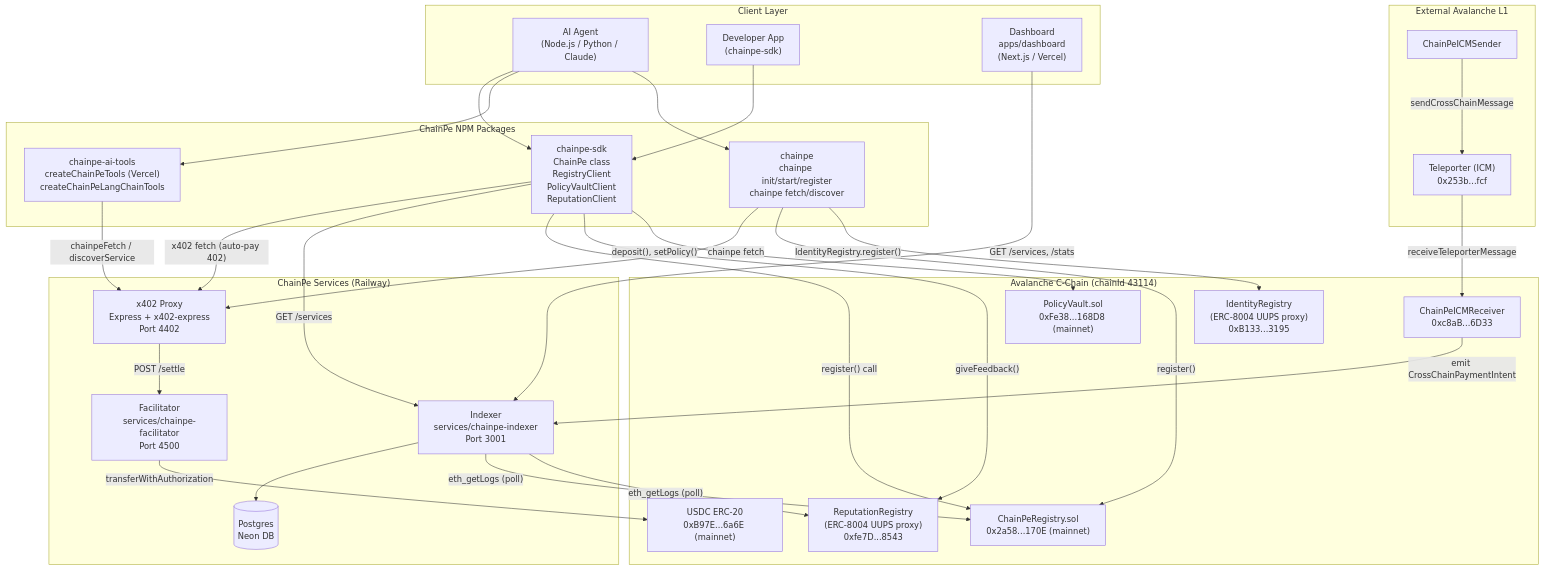
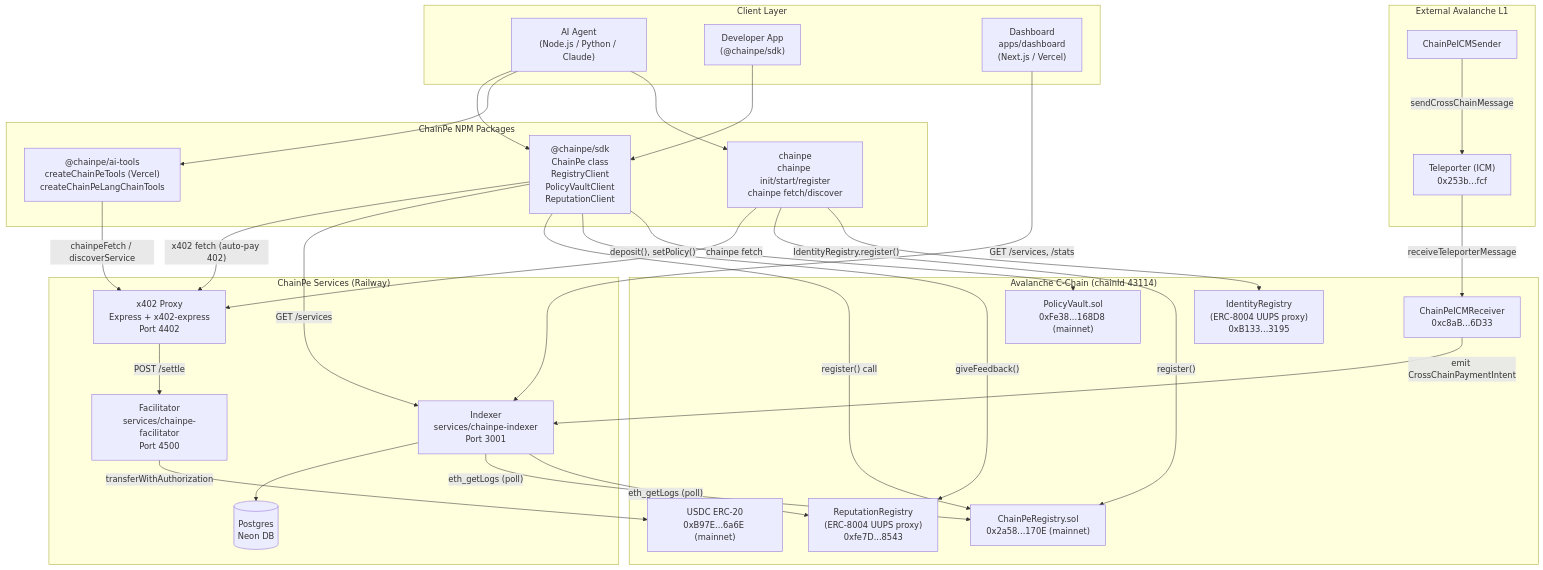
Before and after one commit to SamyaDeb/ChainPe: the diagram in apps/landing/content/docs/architecture/system-diagram.md, drawn with Mermaid. The commit also changed 34 other files, not shown here.

````diff
--- a/apps/landing/content/docs/architecture/system-diagram.md
+++ b/apps/landing/content/docs/architecture/system-diagram.md
@@ -11,64 +11,64 @@
 ```mermaid
 graph TB
     subgraph "Client Layer"
         AI["AI Agent\n(Node.js / Python / Claude)"]
-        DEV["Developer App\n(chainpe-sdk)"]
+        DEV["Developer App\n(@chainpe/sdk)"]
         DASH["Dashboard\napps/dashboard\n(Next.js / Vercel)"]
     end
 
     subgraph "ChainPe NPM Packages"
-        SDK["chainpe-sdk\nChainPe class\nRegistryClient\nPolicyVaultClient\nReputationClient"]
-        TOOLS["chainpe-ai-tools\ncreateChainPeTools (Vercel)\ncreateChainPeLangChainTools"]
+        SDK["@chainpe/sdk\nChainPe class\nRegistryClient\nPolicyVaultClient\nReputationClient"]
+        TOOLS["@chainpe/ai-tools\ncreateChainPeTools (Vercel)\ncreateChainPeLangChainTools"]
         CLICMD["chainpe\nchainpe init/start/register\nchainpe fetch/discover"]
     end
 
     subgraph "ChainPe Services (Railway)"
         PROXY["x402 Proxy\nExpress + x402-express\nPort 4402"]
         FAC["Facilitator\nservices/chainpe-facilitator\nPort 4500"]
         IDX["Indexer\nservices/chainpe-indexer\nPort 3001"]
         PG[("Postgres\nNeon DB")]
     end
 
     subgraph "Avalanche C-Chain (chainId 43114)"
         REG["ChainPeRegistry.sol\n0x2a58...170E (mainnet)"]
         PV["PolicyVault.sol\n0xFe38...168D8 (mainnet)"]
         IDNTY["IdentityRegistry\n(ERC-8004 UUPS proxy)\n0xB133...3195"]
         REPDB["ReputationRegistry\n(ERC-8004 UUPS proxy)\n0xfe7D...8543"]
         USDC["USDC ERC-20\n0xB97E...6a6E (mainnet)"]
         ICMRcv["ChainPeICMReceiver\n0xc8aB...6D33"]
     end
 
     subgraph "External Avalanche L1"
         ICMSnd["ChainPeICMSender"]
         Teleporter["Teleporter (ICM)\n0x253b...fcf"]
     end
 
     AI --> SDK
     AI --> TOOLS
     AI --> CLICMD
     DEV --> SDK
 
     SDK -->|"x402 fetch (auto-pay 402)"| PROXY
     TOOLS -->|"chainpeFetch / discoverService"| PROXY
     CLICMD -->|"chainpe fetch <url>"| PROXY
 
     PROXY -->|"POST /settle"| FAC
     FAC -->|"transferWithAuthorization"| USDC
 
     SDK -->|"GET /services"| IDX
     DASH -->|"GET /services, /stats"| IDX
     IDX --> PG
     IDX -->|"eth_getLogs (poll)"| REG
     IDX -->|"eth_getLogs (poll)"| REPDB
 
     SDK -->|"register() call"| REG
     SDK -->|"giveFeedback()"| REPDB
     SDK -->|"deposit(), setPolicy()"| PV
 
     CLICMD -->|"register()"| REG
     CLICMD -->|"IdentityRegistry.register()"| IDNTY
 
     ICMSnd -->|"sendCrossChainMessage"| Teleporter
     Teleporter -->|"receiveTeleporterMessage"| ICMRcv
     ICMRcv -->|"emit CrossChainPaymentIntent"| IDX
 ```
````
